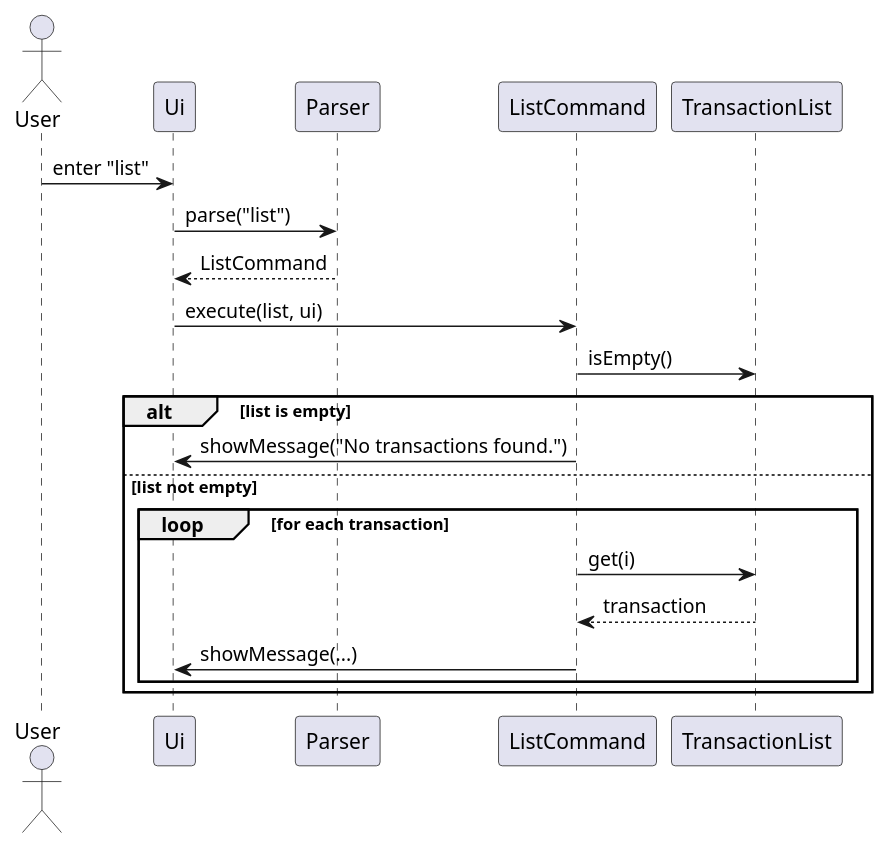
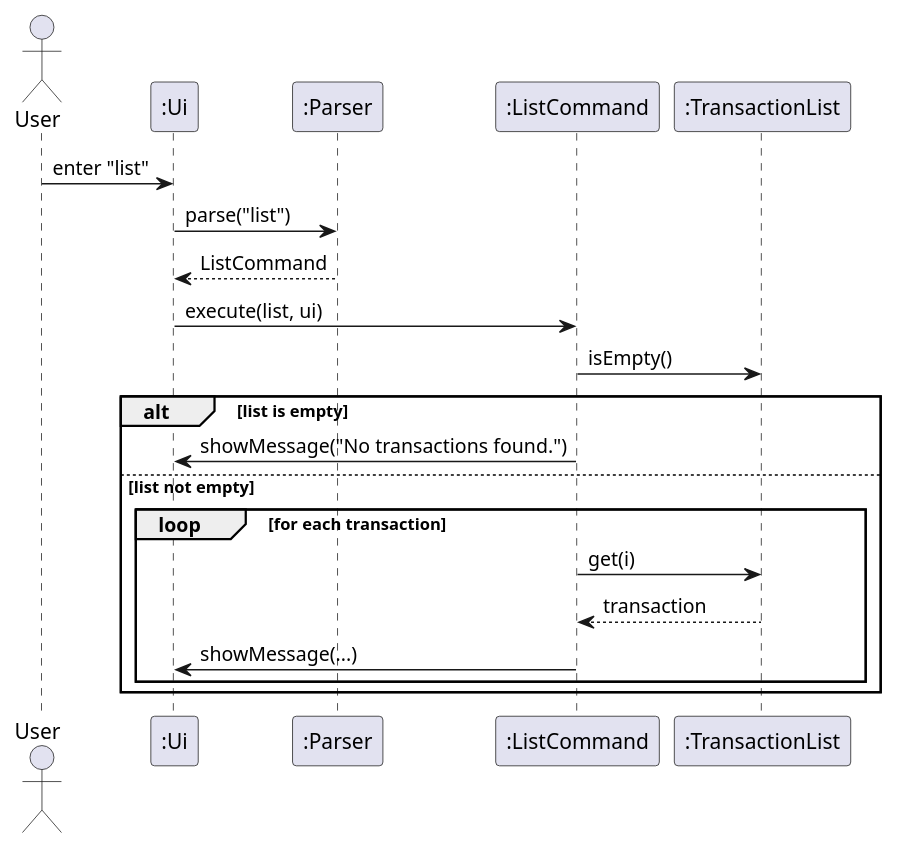
Before and after one commit to SeanChng/tp: the diagram in docs/diagrams/ListSequenceDiagram.puml, drawn with PlantUML. The commit also changed 15 other files, not shown here.

Commit message:
Add semicolon to all objects in sequence diagram

```diff
--- a/docs/diagrams/ListSequenceDiagram.puml
+++ b/docs/diagrams/ListSequenceDiagram.puml
@@ -1,23 +1,23 @@
 @startuml
 actor User
-participant Ui
-participant Parser
-participant ListCommand
-participant TransactionList
+participant ":Ui" as Ui
+participant ":Parser" as Parser
+participant ":ListCommand" as ListCommand
+participant ":TransactionList" as TransactionList
 
 User -> Ui : enter "list"
 Ui -> Parser : parse("list")
 Parser --> Ui : ListCommand
 Ui -> ListCommand : execute(list, ui)
 ListCommand -> TransactionList : isEmpty()
 
 alt list is empty
     ListCommand -> Ui : showMessage("No transactions found.")
 else list not empty
     loop for each transaction
         ListCommand -> TransactionList : get(i)
         TransactionList --> ListCommand : transaction
         ListCommand -> Ui : showMessage(...)
     end
 end
 @enduml
```
